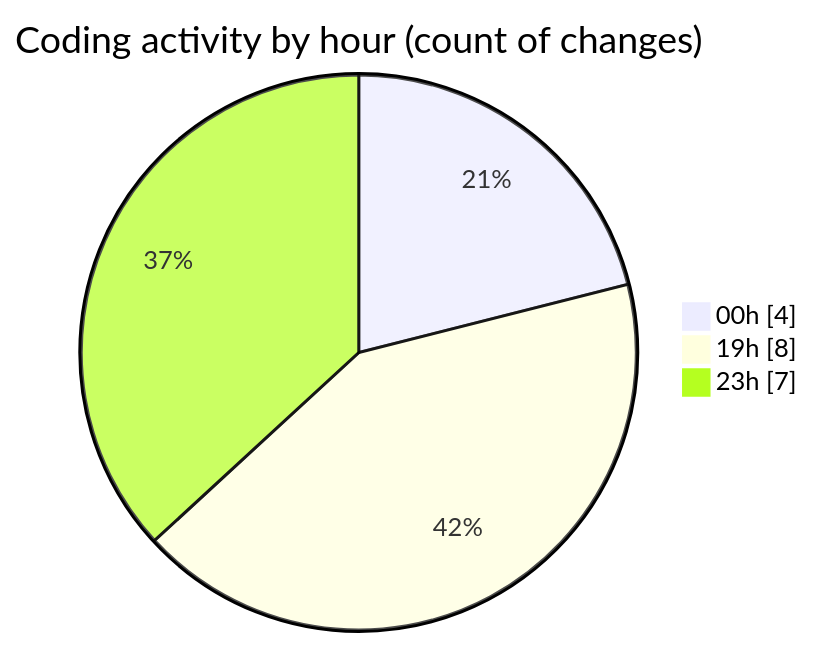
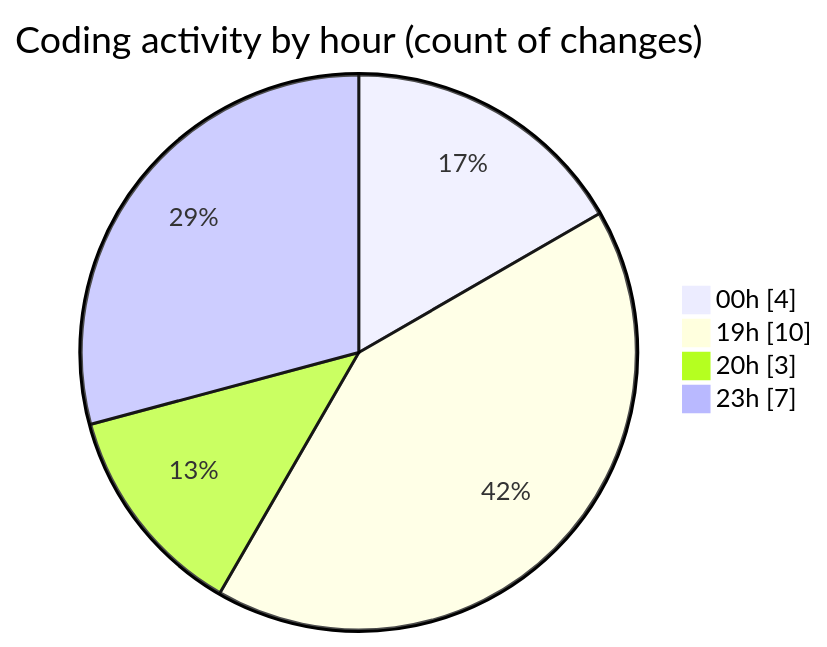
Before and after one commit to momahboobian/code-tracking: the second of 2 diagrams in 2025-02-27/cda/README.md, drawn with Mermaid. The commit also changed other lines of this file and 1 other file, not shown here.

````diff
--- a/2025-02-27/cda/README.md
+++ b/2025-02-27/cda/README.md
@@ -35,7 +35,8 @@
 ```mermaid
 pie showData
 title Coding activity by hour (count of changes)
 "00h" : 4
-"19h" : 8
+"19h" : 10
+"20h" : 3
 "23h" : 7
 ```
````
